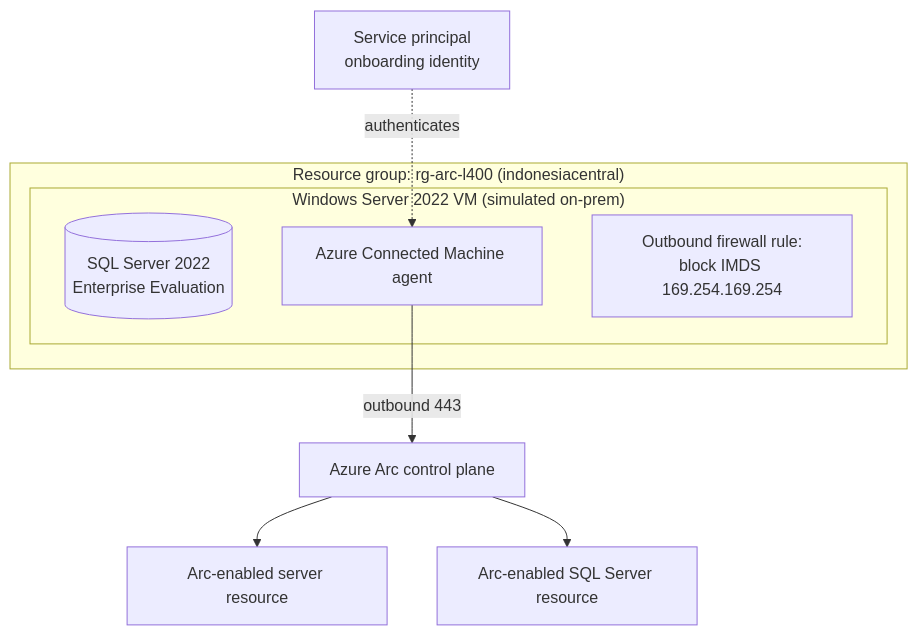
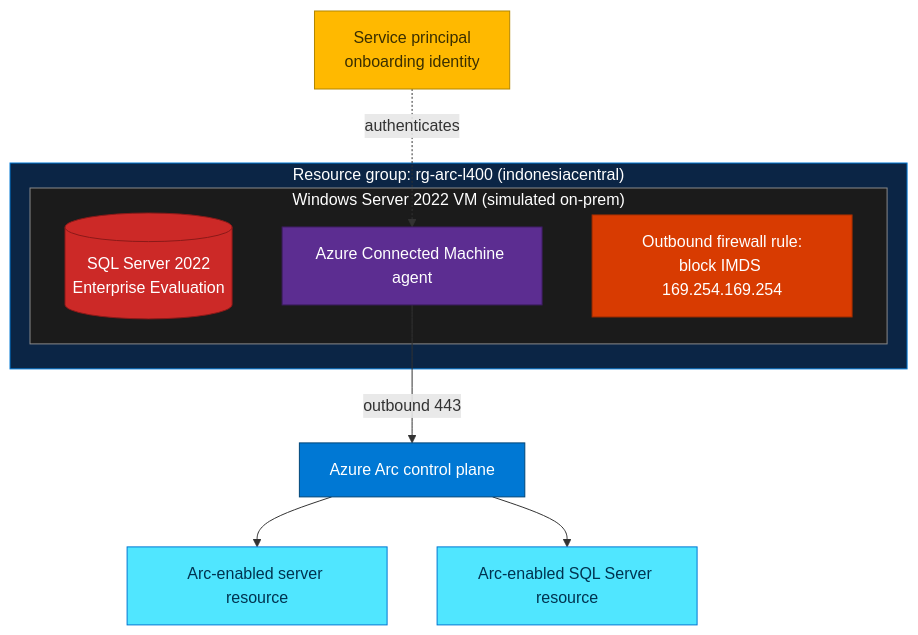
Before and after one commit to ibranibeny/azure-arc-workshop: the diagram in labs/04-simulate-vm-sql-arc.md, drawn with Mermaid. The commit also changed 1 other file, not shown here.

Commit message:
Add Azure-themed colors to Mermaid diagrams (mermaid-diagrams skill)

````diff
--- a/labs/04-simulate-vm-sql-arc.md
+++ b/labs/04-simulate-vm-sql-arc.md
@@ -41,14 +41,33 @@
 ```mermaid
+%% Colored per the mermaid-diagrams skill (classDef + subgraph style)
 flowchart TB
     subgraph RG["Resource group: rg-arc-l400 (indonesiacentral)"]
         subgraph VM["Windows Server 2022 VM (simulated on-prem)"]
             SQL[(SQL Server 2022<br/>Enterprise Evaluation)]
             AGENT[Azure Connected Machine agent]
             FW[Outbound firewall rule:<br/>block IMDS 169.254.169.254]
         end
     end
     SP[Service principal<br/>onboarding identity] -.authenticates.-> AGENT
     AGENT -->|outbound 443| ARC[Azure Arc control plane]
     ARC --> ARCVM[Arc-enabled server resource]
     ARC --> ARCSQL[Arc-enabled SQL Server resource]
+
+    %% Color palette
+    classDef sql fill:#CC2927,stroke:#8B1A19,color:#ffffff;
+    classDef agent fill:#5C2D91,stroke:#3B1C5E,color:#ffffff;
+    classDef fw fill:#D83B01,stroke:#A32D01,color:#ffffff;
+    classDef identity fill:#FFB900,stroke:#B38600,color:#3b2f00;
+    classDef arc fill:#0078D4,stroke:#004578,color:#ffffff;
+    classDef resource fill:#50E6FF,stroke:#0078D4,color:#003350;
+
+    class SQL sql
+    class AGENT agent
+    class FW fw
+    class SP identity
+    class ARC arc
+    class ARCVM,ARCSQL resource
+
+    style RG fill:#0b2545,stroke:#0078D4,color:#ffffff
+    style VM fill:#1b1b1b,stroke:#8A8A8A,color:#ffffff
 ```
````
